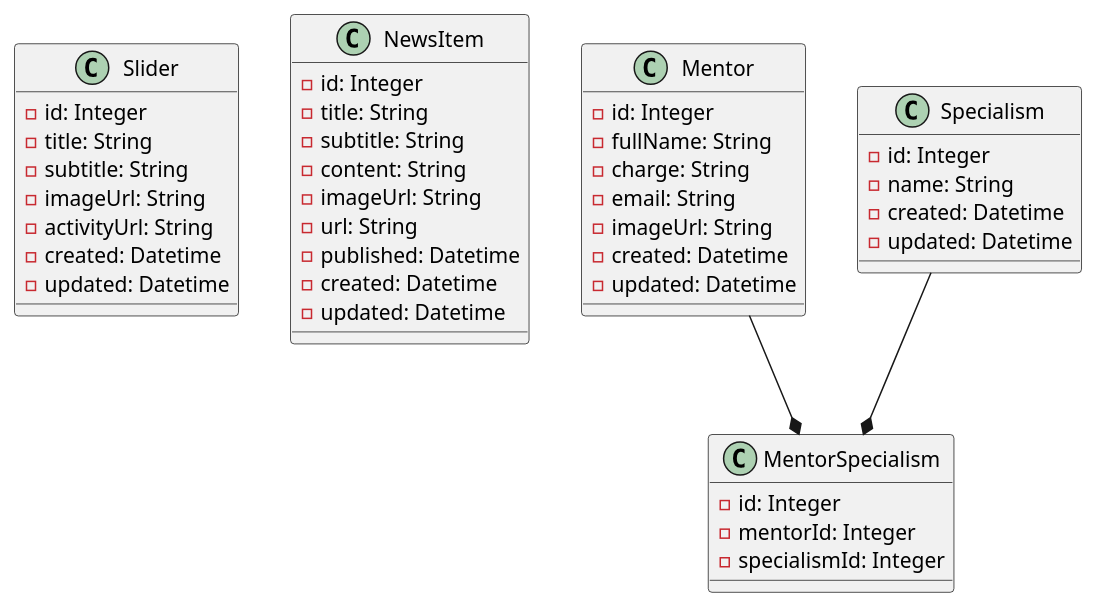
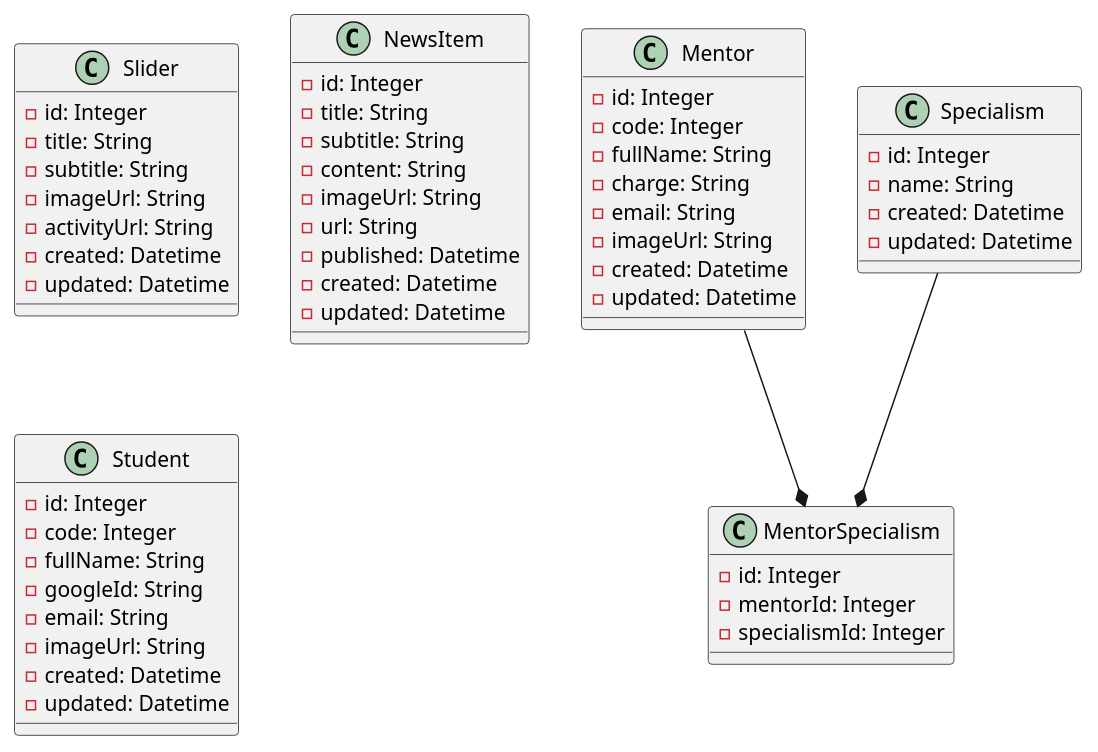
Before and after one commit to pepeul1191/rails-innova: the diagram in docs/class_diagram.puml, drawn with PlantUML. The commit also changed 10 other files, not shown here.

```diff
--- a/docs/class_diagram.puml
+++ b/docs/class_diagram.puml
@@ -1,53 +1,65 @@
 @startuml
 
 ' Definición de clases
 class Slider {
   - id: Integer
   - title: String
   - subtitle: String
   - imageUrl: String
   - activityUrl: String
   - created: Datetime 
   - updated: Datetime
 }
 
 class NewsItem {
   - id: Integer
   - title: String
   - subtitle: String
   - content: String
   - imageUrl: String
   - url: String
   - published: Datetime 
   - created: Datetime 
   - updated: Datetime
 }
 
 class Mentor {
   - id: Integer
+  - code: Integer
   - fullName: String
   - charge: String
+  - email: String
+  - imageUrl: String
+  - created: Datetime 
+  - updated: Datetime
+}
+
+class Student {
+  - id: Integer
+  - code: Integer
+  - fullName: String
+  - googleId: String
   - email: String
   - imageUrl: String
   - created: Datetime 
   - updated: Datetime
 }
 
 class MentorSpecialism{
   - id: Integer
   - mentorId: Integer
   - specialismId: Integer
 }
 
 class Specialism{
   - id: Integer
   - name: String
   - created: Datetime 
   - updated: Datetime
 }
 
 ' Relaciones
 Mentor --* MentorSpecialism
 Specialism --* MentorSpecialism
 
 @enduml
```
